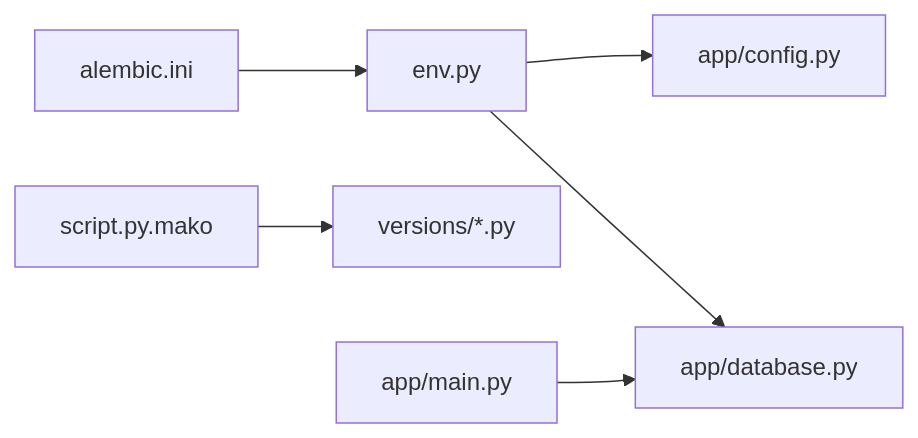
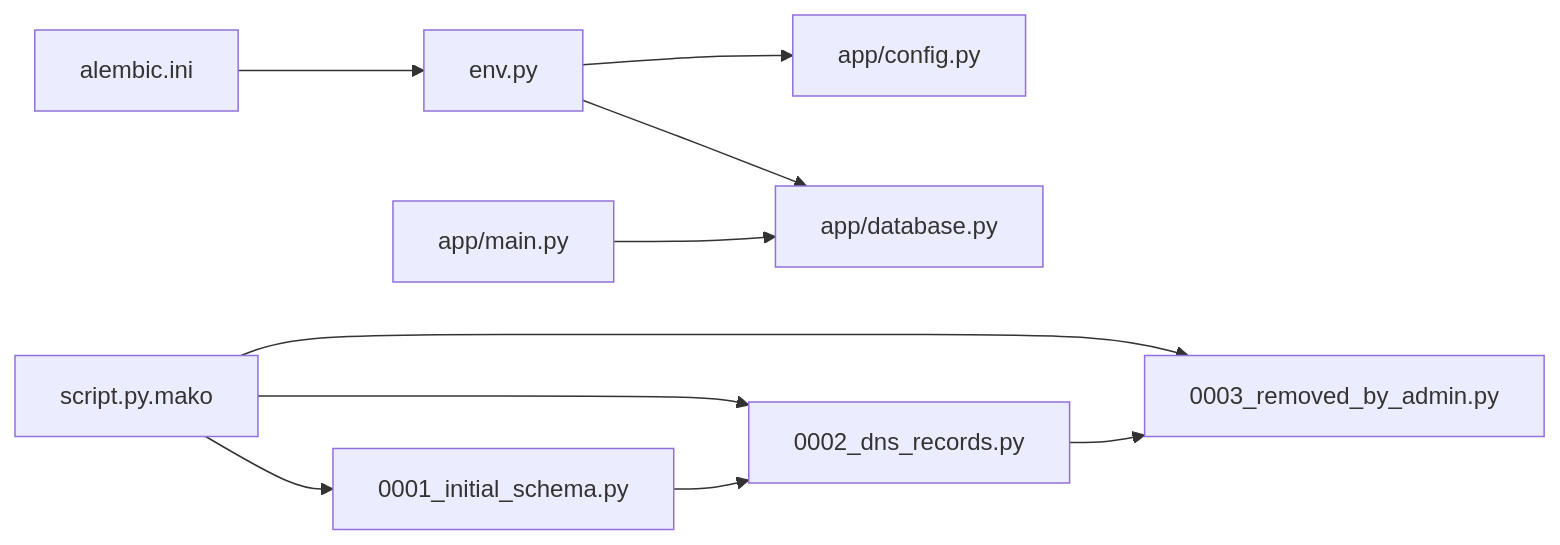
The fourth of 4 diagrams in .qoder/repowiki/en/content/System Architecture/Backend Architecture/Database Layer & Data Models/Database Migrations & Schema Evolution.md (14Lucifer/hackathon_ecs_creator), drawn with Mermaid before and after one commit. The commit also changed other lines of this file and 92 other files, not shown here.

````diff
--- a/.qoder/repowiki/en/content/System Architecture/Backend Architecture/Database Layer & Data Models/Database Migrations & Schema Evolution.md
+++ b/.qoder/repowiki/en/content/System Architecture/Backend Architecture/Database Layer & Data Models/Database Migrations & Schema Evolution.md
@@ -215,8 +300,12 @@
 ```mermaid
 graph LR
 INI["alembic.ini"] --> ENV["env.py"]
 ENV --> CFG["app/config.py"]
 ENV --> DBM["app/database.py"]
-TPL["script.py.mako"] --> MIG["versions/*.py"]
+TPL["script.py.mako"] --> MIG1["0001_initial_schema.py"]
+TPL --> MIG2["0002_dns_records.py"]
+TPL --> MIG3["0003_removed_by_admin.py"]
 APP["app/main.py"] --> DBM
+MIG1 --> MIG2
+MIG2 --> MIG3
 ```
````
